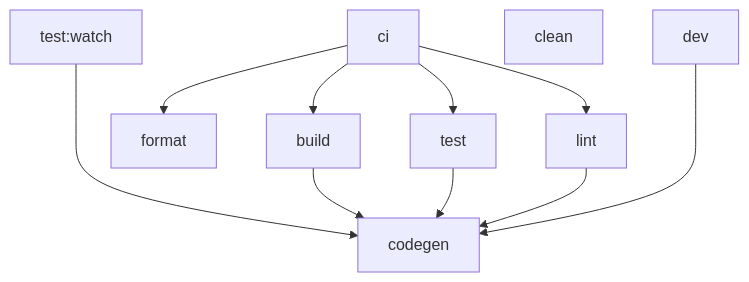
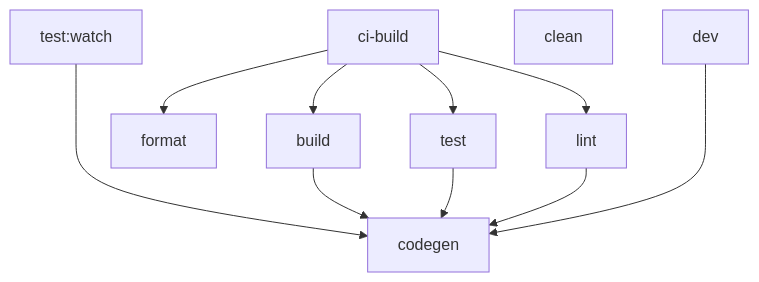
The first of 2 diagrams in README.md (connorjs/nx-polyglot-example), drawn with Mermaid before and after one commit. The commit also changed other lines of this file and 1 other file, not shown here.

First line of the commit message:
🔨 Rename ci to ci-build

````diff
--- a/README.md
+++ b/README.md
@@ -210,16 +210,16 @@
 ```mermaid
 graph TB;
     test:watch ---> codegen
 
-    ci --> format
-    ci --> build
-    ci --> test
-    ci --> lint
+    ci-build --> format
+    ci-build --> build
+    ci-build --> test
+    ci-build --> lint
 
     build --> codegen
     test --> codegen
     lint --> codegen
 
     clean
     dev ---> codegen
 ```
````
